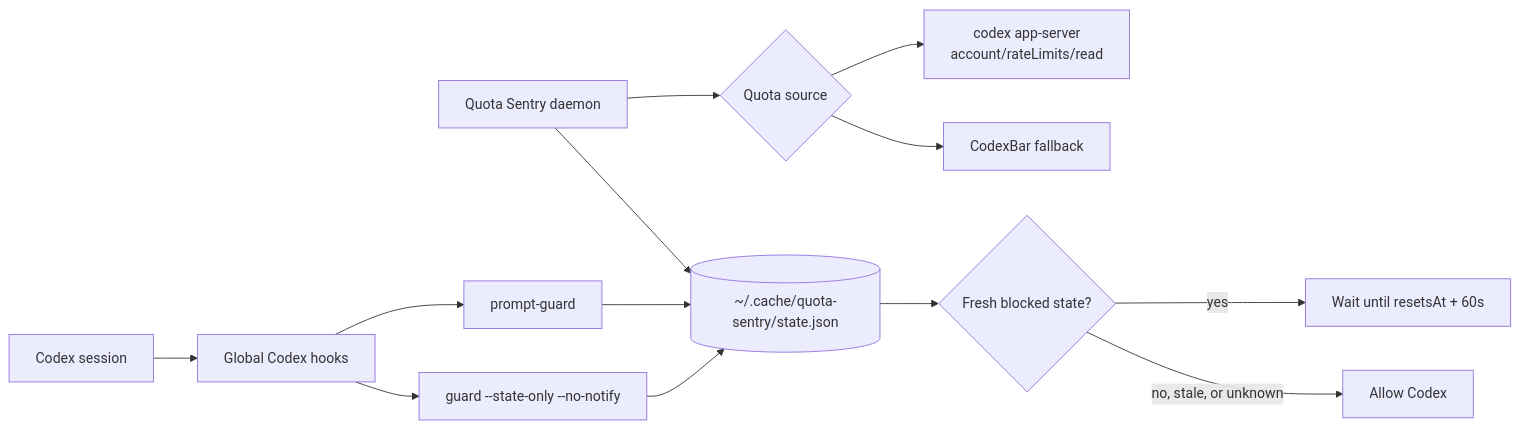
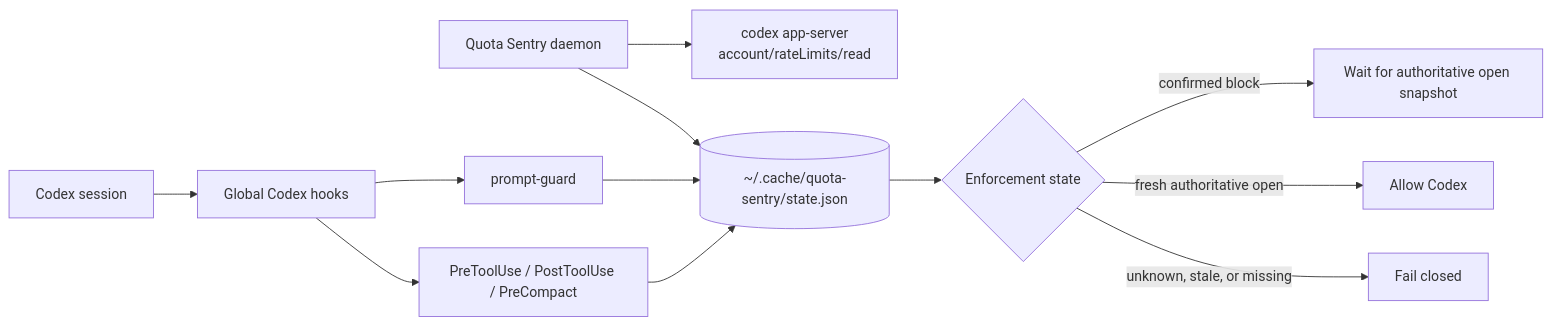
The diagram in README.md (dhruvil009/QuotaSentry), drawn with Mermaid before and after one commit. The commit also changed other lines of this file and 1 other file, not shown here.

Commit message:
Document fail-closed quota behavior

````diff
--- a/README.md
+++ b/README.md
@@ -56,17 +50,16 @@
 ```mermaid
 flowchart LR
     codex[Codex session] --> hooks[Global Codex hooks]
     hooks --> promptGuard[prompt-guard]
-    hooks --> toolGuard[guard --state-only --no-notify]
+    hooks --> checkpoints[PreToolUse / PostToolUse / PreCompact]
 
-    daemon[Quota Sentry daemon] --> source{Quota source}
-    source --> appServer[codex app-server<br/>account/rateLimits/read]
-    source --> codexBar[CodexBar fallback]
+    daemon[Quota Sentry daemon] --> appServer[codex app-server<br/>account/rateLimits/read]
     daemon --> state[(~/.cache/quota-sentry/state.json)]
 
     promptGuard --> state
-    toolGuard --> state
-    state --> decision{Fresh blocked state?}
-    decision -->|yes| wait[Wait until resetsAt + 60s]
-    decision -->|no, stale, or unknown| open[Allow Codex]
+    checkpoints --> state
+    state --> decision{Enforcement state}
+    decision -->|confirmed block| wait[Wait for authoritative open snapshot]
+    decision -->|fresh authoritative open| open[Allow Codex]
+    decision -->|unknown, stale, or missing| stop[Fail closed]
 ```
````
